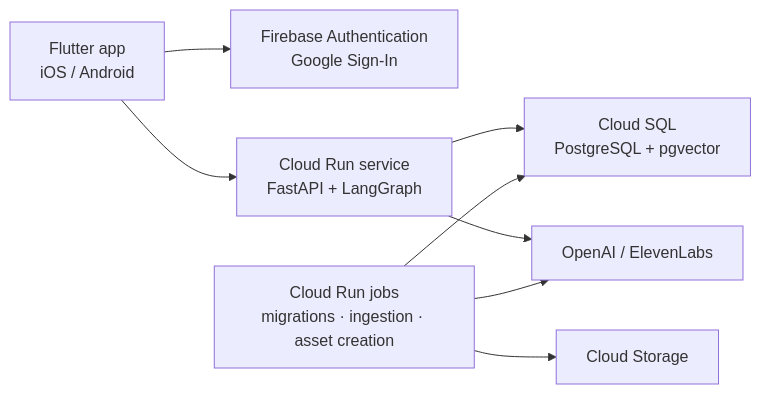
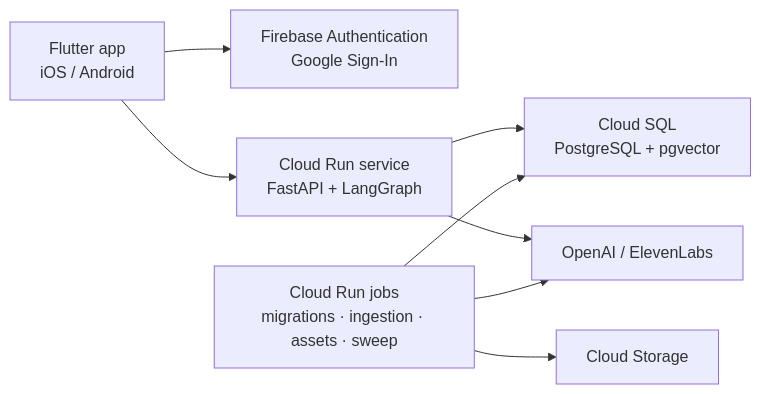
The diagram in README.md (kaiweichang0112/wobot), drawn with Mermaid before and after one commit. The commit also changed other lines of this file, not shown here.

````diff
--- a/README.md
+++ b/README.md
@@ -20,10 +22,10 @@
 ```mermaid
 flowchart LR
     App["Flutter app<br/>iOS / Android"] --> Auth["Firebase Authentication<br/>Google Sign-In"]
     App --> API["Cloud Run service<br/>FastAPI + LangGraph"]
     API --> DB["Cloud SQL<br/>PostgreSQL + pgvector"]
     API --> AI["OpenAI / ElevenLabs"]
-    Jobs["Cloud Run jobs<br/>migrations · ingestion · asset creation"] --> DB
+    Jobs["Cloud Run jobs<br/>migrations · ingestion · assets · sweep"] --> DB
     Jobs --> Store["Cloud Storage"]
     Jobs --> AI
 ```
````
